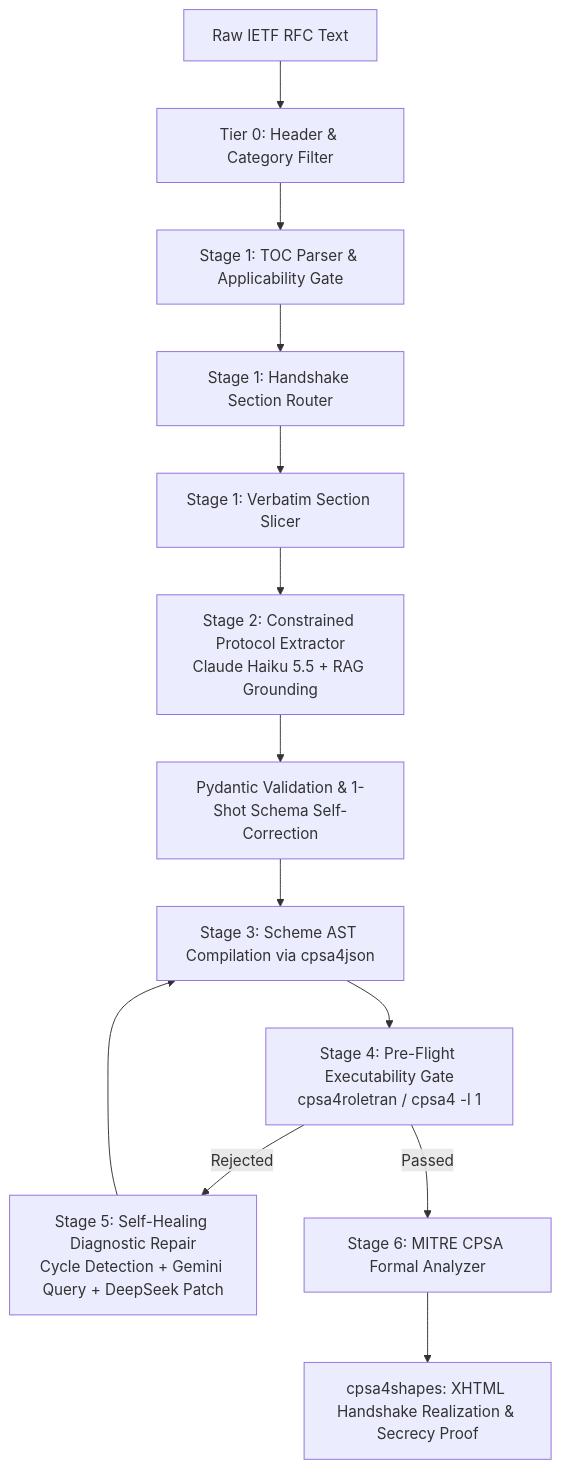
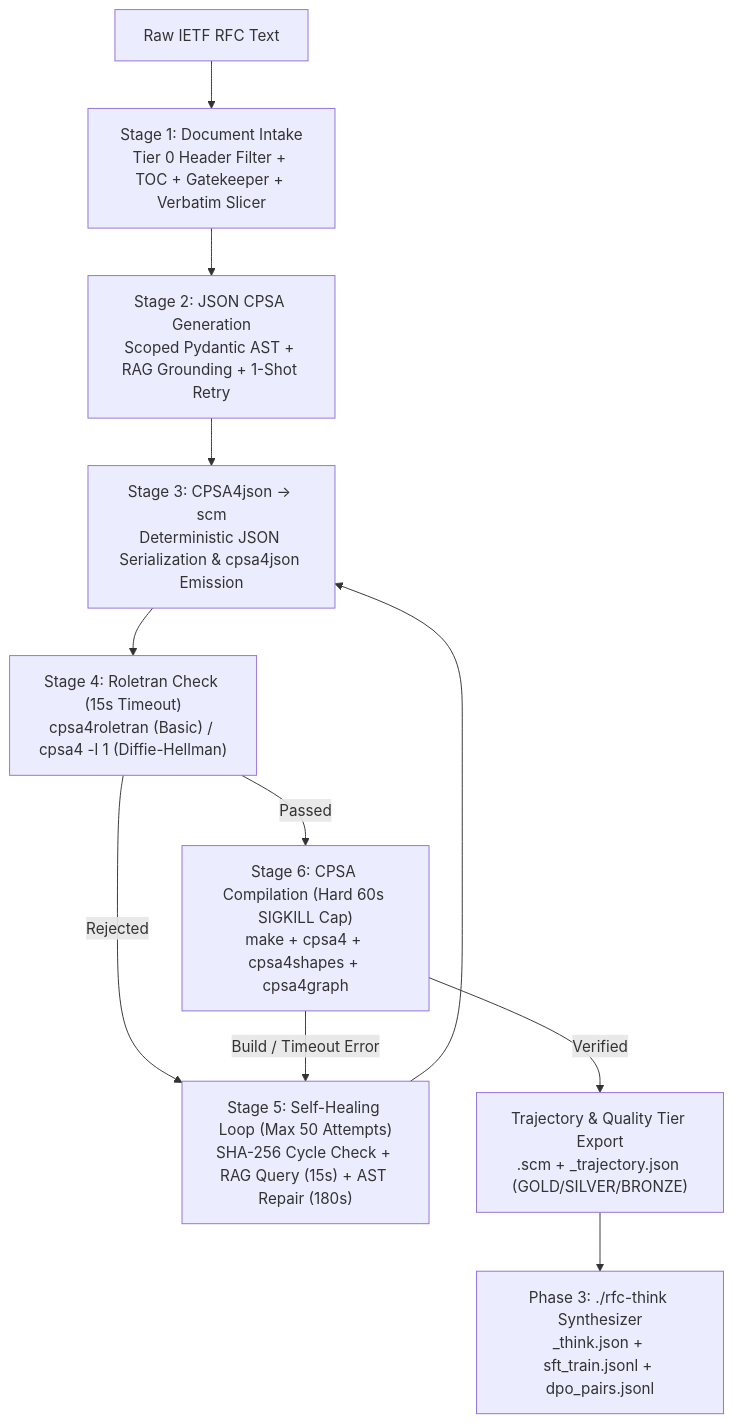
The diagram in docs/README.md (mariobx/RFC-LLM), drawn with Mermaid before and after one commit. The commit also changed other lines of this file and 72 other files, not shown here.

````diff
--- a/docs/README.md
+++ b/docs/README.md
@@ -54,15 +48,13 @@
 ```mermaid
 flowchart TD
-    A[Raw IETF RFC Text] --> B[Tier 0: Header & Category Filter]
-    B --> C[Stage 1: TOC Parser & Applicability Gate]
-    C --> D[Stage 1: Handshake Section Router]
-    D --> E[Stage 1: Verbatim Section Slicer]
-    E --> F[Stage 2: Constrained Protocol Extractor<br/>Claude Haiku 5.5 + RAG Grounding]
-    F --> G[Pydantic Validation & 1-Shot Schema Self-Correction]
-    G --> H[Stage 3: Scheme AST Compilation via cpsa4json]
-    H --> I[Stage 4: Pre-Flight Executability Gate<br/>cpsa4roletran / cpsa4 -l 1]
-    I -->|Rejected| J[Stage 5: Self-Healing Diagnostic Repair<br/>Cycle Detection + Gemini Query + DeepSeek Patch]
-    J --> H
-    I -->|Passed| K[Stage 6: MITRE CPSA Formal Analyzer]
-    K --> L[cpsa4shapes: XHTML Handshake Realization & Secrecy Proof]
+    A["Raw IETF RFC Text"] --> B["Stage 1: Document Intake\nTier 0 Header Filter + TOC + Gatekeeper + Verbatim Slicer"]
+    B --> C["Stage 2: JSON CPSA Generation\nScoped Pydantic AST + RAG Grounding + 1-Shot Retry"]
+    C --> D["Stage 3: CPSA4json -> scm\nDeterministic JSON Serialization & cpsa4json Emission"]
+    D --> E["Stage 4: Roletran Check (15s Timeout)\ncpsa4roletran (Basic) / cpsa4 -l 1 (Diffie-Hellman)"]
+    E -->|Rejected| F["Stage 5: Self-Healing Loop (Max 50 Attempts)\nSHA-256 Cycle Check + RAG Query (15s) + AST Repair (180s)"]
+    F --> D
+    E -->|Passed| G["Stage 6: CPSA Compilation (Hard 60s SIGKILL Cap)\nmake + cpsa4 + cpsa4shapes + cpsa4graph"]
+    G -->|Build / Timeout Error| F
+    G -->|Verified| H["Trajectory & Quality Tier Export\n<protocol>.scm + <protocol>_trajectory.json (GOLD/SILVER/BRONZE)"]
+    H --> I["Phase 3: ./rfc-think Synthesizer\n<protocol>_think.json + sft_train.jsonl + dpo_pairs.jsonl"]
 ```
````
